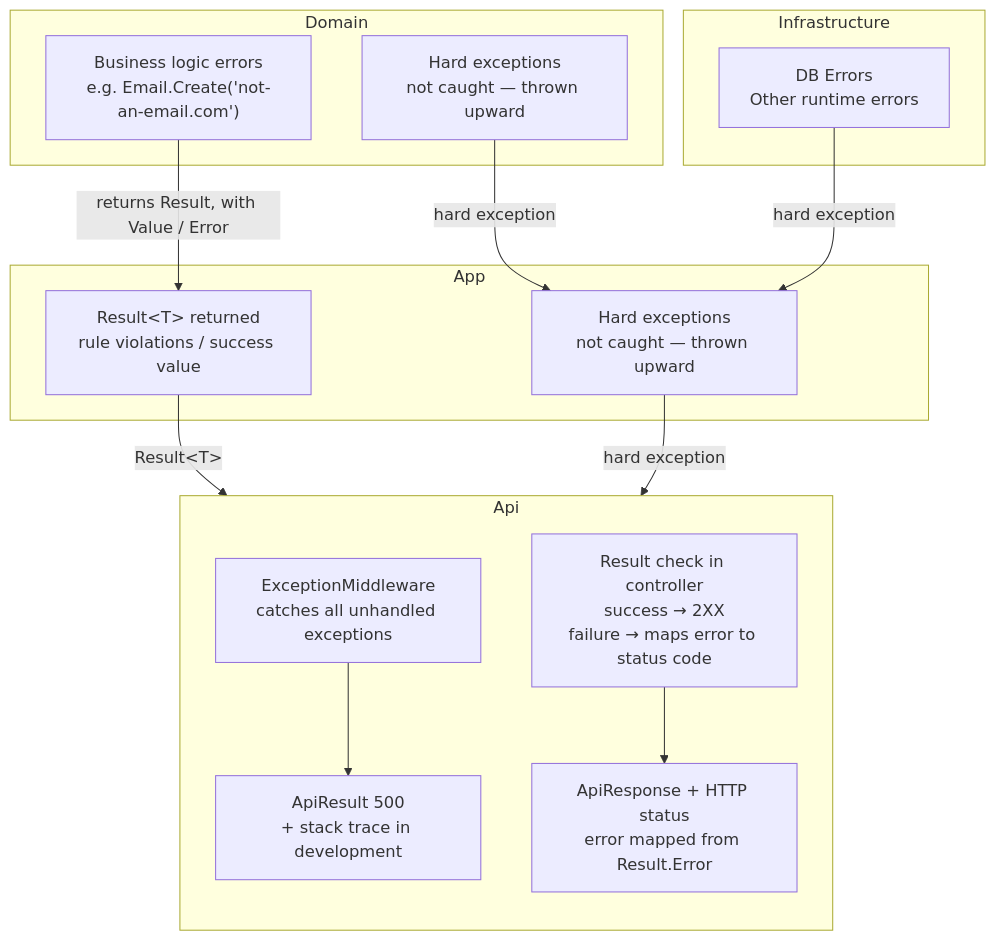
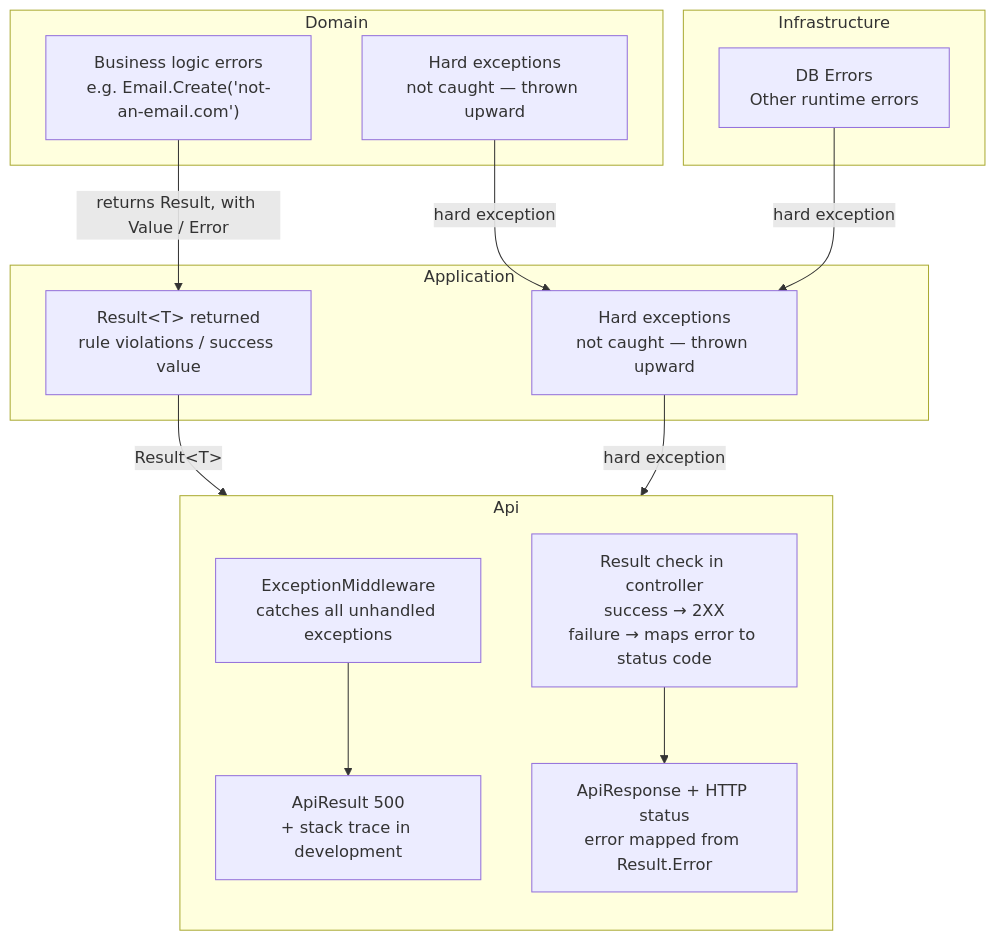
One commit to MoritzLue24/Broke-Manager changed the second of 2 diagrams in docs/backend/Architecture.md. Above: the diagram before and after it, drawn with Mermaid. The commit also changed other lines of this file and 3 other files, not shown here.

````diff
--- a/docs/backend/Architecture.md
+++ b/docs/backend/Architecture.md
@@ -75,36 +75,36 @@
 ```mermaid
 flowchart TD
     subgraph DOMAIN["Domain"]
         DOMAINRES["`Business logic errors<br>e.g. Email.Create('not-an-email.com')`"]
         DOMAINTHROW["`Hard exceptions<br>not caught — thrown upward`"]
     end
 
-    subgraph APP["App"]
+    subgraph APP["Application"]
         APPRES["`Result&lt;T&gt; returned<br>rule violations / success value`"]
         APPTHROW["`Hard exceptions<br>not caught — thrown upward`"]
     end
 
     subgraph INF["Infrastructure"]
         INFTHROW["`DB Errors<br>Other runtime errors`"]
     end
 
     subgraph API["Api"]
         direction TB
         APICATCH["`ExceptionMiddleware<br>catches all unhandled exceptions`"]
         APIRES["`Result check in controller<br>success → 2XX<br>failure → maps error to status code`"]
         
         APICATCH2["`ApiResult 500<br>+ stack trace in development`"]
         APIRES2["`ApiResponse + HTTP status<br>error mapped from Result.Error`"]
     end
 
     DOMAINRES -->|"returns Result, with Value / Error"| APPRES
     DOMAINTHROW -->|"hard exception"| APPTHROW
 
     INFTHROW -->|"hard exception"| APPTHROW
 
     APPRES -->|"Result&lt;T&gt;"| APIRES
     APPTHROW -->|"hard exception"| APICATCH
 
     APICATCH --> APICATCH2
     APIRES --> APIRES2
 ```
````
